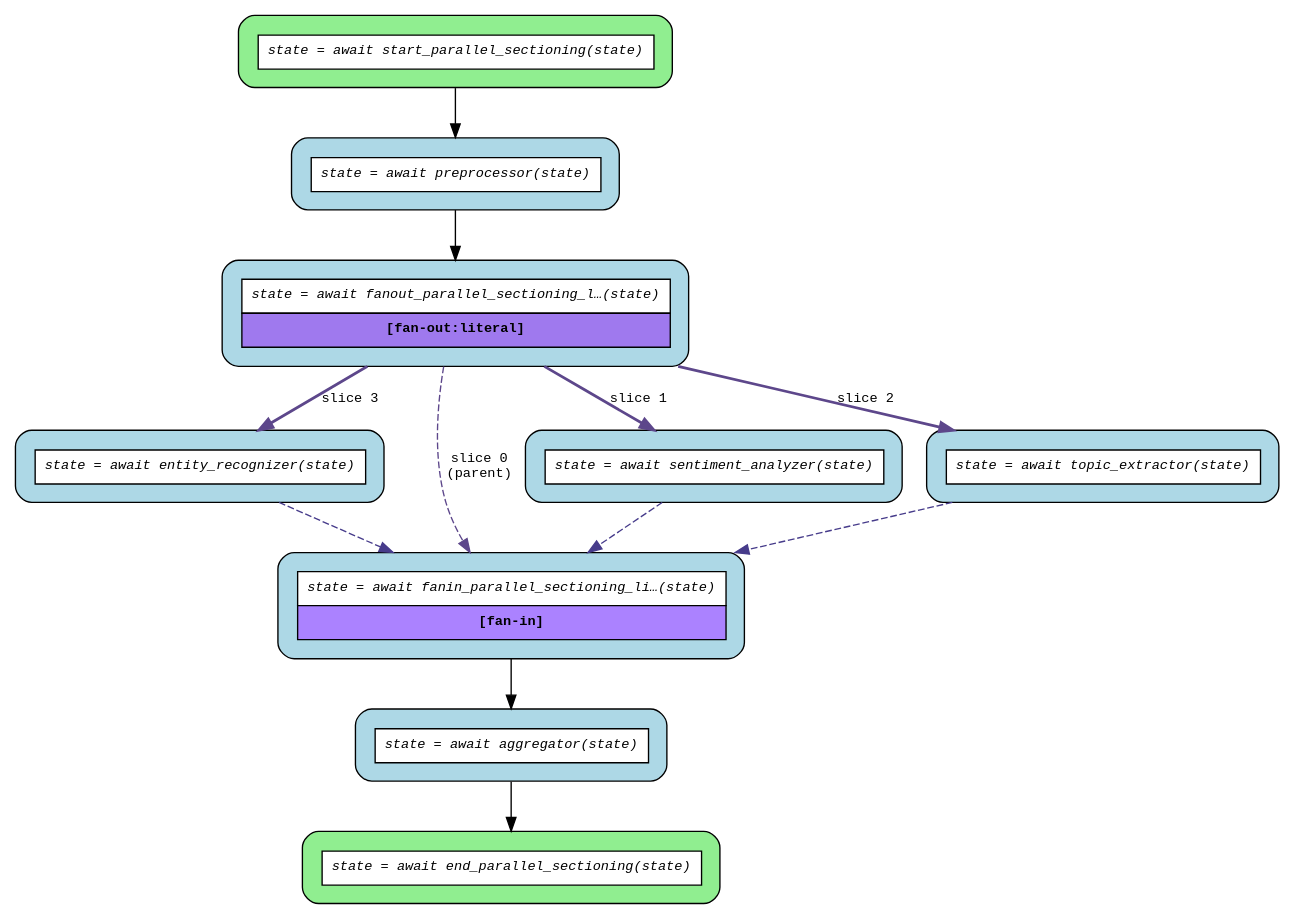
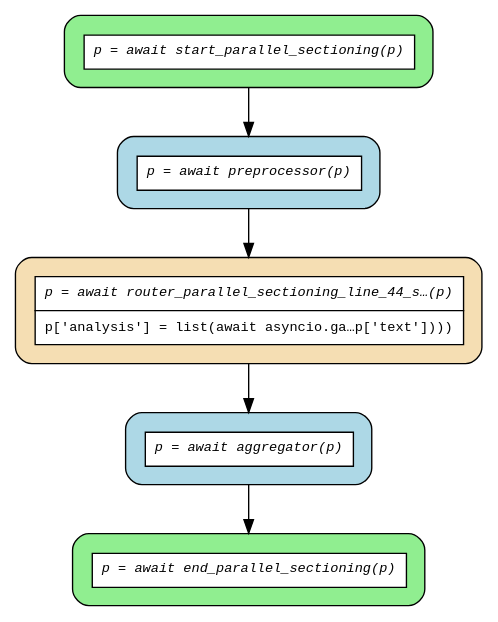
One commit to mrhillsman-enterprise-ai/asya changed the diagram in examples/flows/agentic/compiled/parallel_sectioning/flow.dot. Above: the diagram before and after it, drawn with Graphviz. The commit also changed 161 other files, not shown here.

First line of the commit message:
fix(flow-compiler): generate SVG instead of PNG for deterministic pre-commit flow diagrams [bvs4] (#302)

```diff
--- a/examples/flows/agentic/compiled/parallel_sectioning/flow.dot
+++ b/examples/flows/agentic/compiled/parallel_sectioning/flow.dot
@@ -1,28 +1,17 @@
 digraph flow {
   rankdir=TB;
   graph [fontname="Courier", fontsize=10];
   node [fontname="Courier", fontsize=10, shape=box, style="filled,rounded", margin="0.2"];
   edge [fontname="Courier", fontsize=10];
 
-  start_parallel_sectioning [fillcolor="lightgreen", group="main", label=<<table border="0" cellspacing="0" cellpadding="6" cellborder="1"><tr><td bgcolor="white" align="center"><i>state = await start_parallel_sectioning(state)</i></td></tr></table>>];
-  fanout_parallel_sectioning_line_42 [fillcolor="lightblue", group="main", label=<<table border="0" cellspacing="0" cellpadding="6" cellborder="1"><tr><td bgcolor="white" align="center"><i>state = await fanout_parallel_sectioning_l…(state)</i></td></tr><tr><td bgcolor="mediumpurple2" align="center"><b>[fan-out:literal]</b></td></tr></table>>];
-  end_parallel_sectioning [fillcolor="lightgreen", group="main", label=<<table border="0" cellspacing="0" cellpadding="6" cellborder="1"><tr><td bgcolor="white" align="center"><i>state = await end_parallel_sectioning(state)</i></td></tr></table>>];
-  aggregator [fillcolor="lightblue", label=<<table border="0" cellspacing="0" cellpadding="6" cellborder="1"><tr><td bgcolor="white" align="center"><i>state = await aggregator(state)</i></td></tr></table>>];
-  entity_recognizer [fillcolor="lightblue", label=<<table border="0" cellspacing="0" cellpadding="6" cellborder="1"><tr><td bgcolor="white" align="center"><i>state = await entity_recognizer(state)</i></td></tr></table>>];
-  fanin_parallel_sectioning_line_42 [fillcolor="lightblue", label=<<table border="0" cellspacing="0" cellpadding="6" cellborder="1"><tr><td bgcolor="white" align="center"><i>state = await fanin_parallel_sectioning_li…(state)</i></td></tr><tr><td bgcolor="mediumpurple1" align="center"><b>[fan-in]</b></td></tr></table>>];
-  preprocessor [fillcolor="lightblue", label=<<table border="0" cellspacing="0" cellpadding="6" cellborder="1"><tr><td bgcolor="white" align="center"><i>state = await preprocessor(state)</i></td></tr></table>>];
-  sentiment_analyzer [fillcolor="lightblue", label=<<table border="0" cellspacing="0" cellpadding="6" cellborder="1"><tr><td bgcolor="white" align="center"><i>state = await sentiment_analyzer(state)</i></td></tr></table>>];
-  topic_extractor [fillcolor="lightblue", label=<<table border="0" cellspacing="0" cellpadding="6" cellborder="1"><tr><td bgcolor="white" align="center"><i>state = await topic_extractor(state)</i></td></tr></table>>];
+  start_parallel_sectioning [fillcolor="lightgreen", group="main", label=<<table border="0" cellspacing="0" cellpadding="6" cellborder="1"><tr><td bgcolor="white" align="center"><i>p = await start_parallel_sectioning(p)</i></td></tr></table>>];
+  router_parallel_sectioning_line_44_seq [fillcolor="wheat", group="main", label=<<table border="0" cellspacing="0" cellpadding="6" cellborder="1"><tr><td bgcolor="white" align="center"><i>p = await router_parallel_sectioning_line_44_s…(p)</i></td></tr><tr><td bgcolor="white" align="left">p['analysis'] = list(await asyncio.ga…p['text'])))</td></tr></table>>];
+  end_parallel_sectioning [fillcolor="lightgreen", group="main", label=<<table border="0" cellspacing="0" cellpadding="6" cellborder="1"><tr><td bgcolor="white" align="center"><i>p = await end_parallel_sectioning(p)</i></td></tr></table>>];
+  aggregator [fillcolor="lightblue", label=<<table border="0" cellspacing="0" cellpadding="6" cellborder="1"><tr><td bgcolor="white" align="center"><i>p = await aggregator(p)</i></td></tr></table>>];
+  preprocessor [fillcolor="lightblue", label=<<table border="0" cellspacing="0" cellpadding="6" cellborder="1"><tr><td bgcolor="white" align="center"><i>p = await preprocessor(p)</i></td></tr></table>>];
 
   aggregator -> end_parallel_sectioning;
-  entity_recognizer -> fanin_parallel_sectioning_line_42 [color=slateblue4, style=dashed];
-  fanin_parallel_sectioning_line_42 -> aggregator;
-  fanout_parallel_sectioning_line_42 -> entity_recognizer [color=mediumpurple4, label="slice 3", style=bold];
-  fanout_parallel_sectioning_line_42 -> fanin_parallel_sectioning_line_42 [color=mediumpurple4, label="slice 0\n(parent)", style=dashed];
-  fanout_parallel_sectioning_line_42 -> sentiment_analyzer [color=mediumpurple4, label="slice 1", style=bold];
-  fanout_parallel_sectioning_line_42 -> topic_extractor [color=mediumpurple4, label="slice 2", style=bold];
-  preprocessor -> fanout_parallel_sectioning_line_42;
-  sentiment_analyzer -> fanin_parallel_sectioning_line_42 [color=slateblue4, style=dashed];
+  preprocessor -> router_parallel_sectioning_line_44_seq;
+  router_parallel_sectioning_line_44_seq -> aggregator;
   start_parallel_sectioning -> preprocessor;
-  topic_extractor -> fanin_parallel_sectioning_line_42 [color=slateblue4, style=dashed];
 }
```
